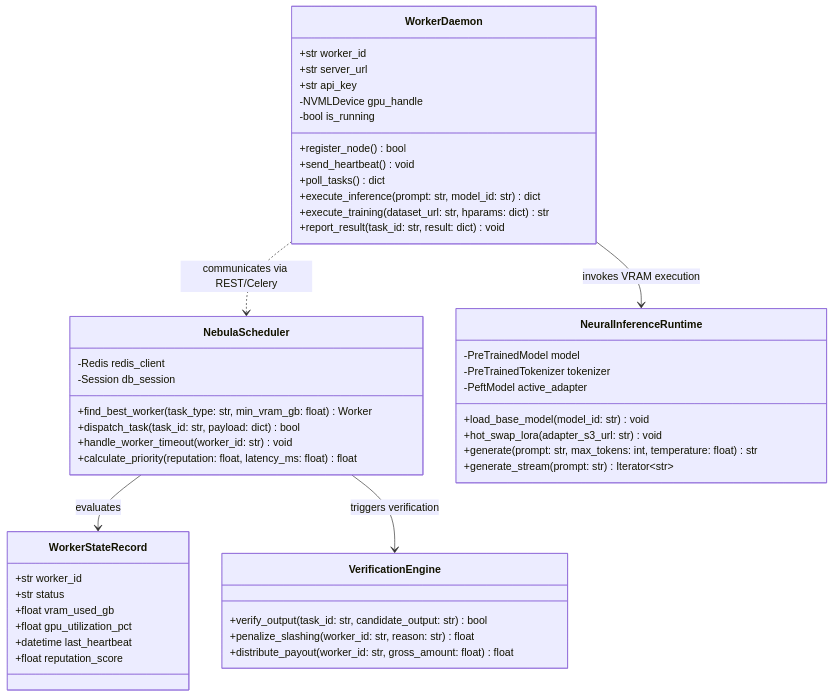
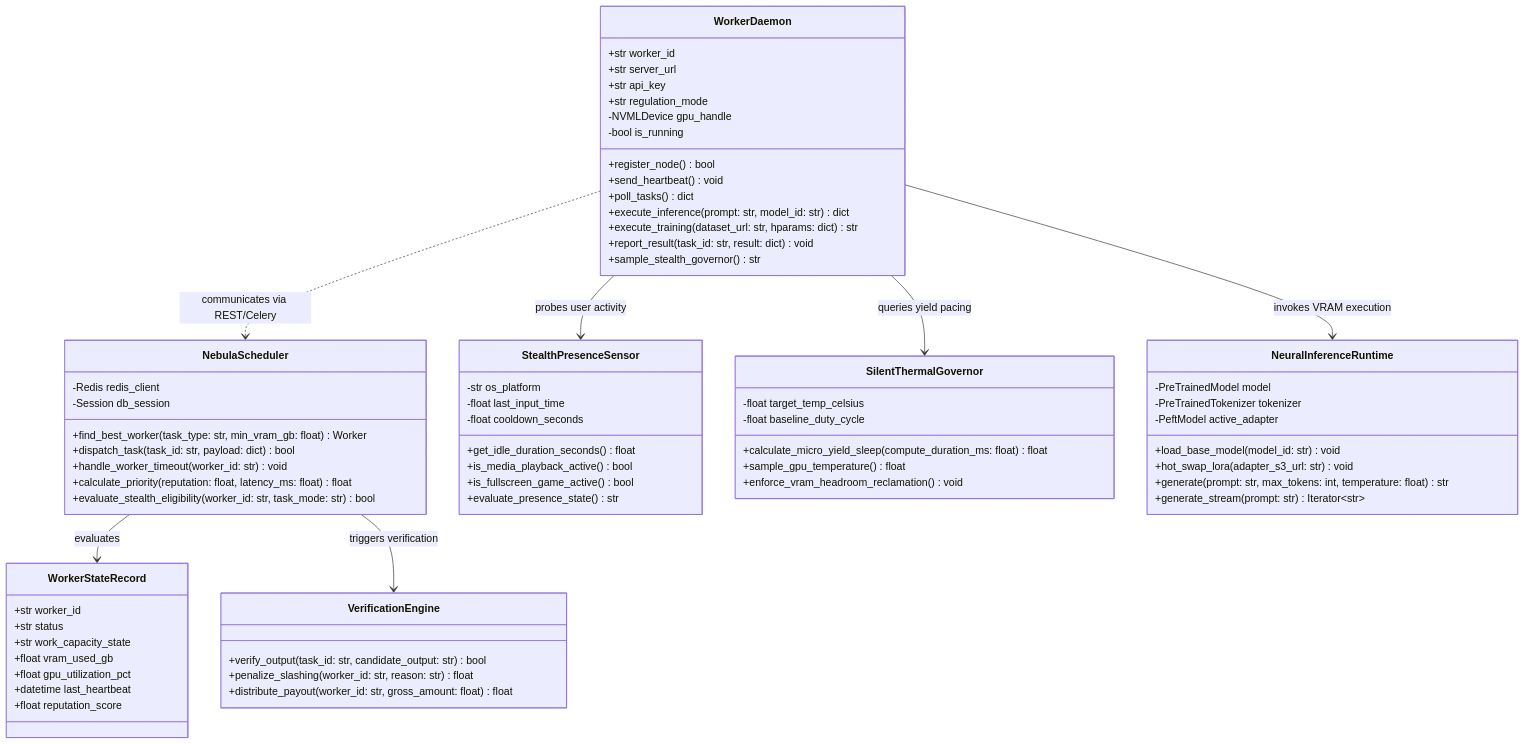
The first of 5 diagrams in docs/long-term/architecture/EDD.md (ohad-BN/Project-NetworkNebula), drawn with Mermaid before and after one commit. The commit also changed other lines of this file and 52 other files, not shown here.

Commit message:
feat: Always Silent Worker Engine & Zero-Touch Remote Server Deployment

````diff
--- a/docs/long-term/architecture/EDD.md
+++ b/docs/long-term/architecture/EDD.md
@@ -20,55 +20,79 @@
 ```mermaid
 classDiagram
     class NebulaScheduler {
         -Redis redis_client
         -Session db_session
         +find_best_worker(task_type: str, min_vram_gb: float) Worker
         +dispatch_task(task_id: str, payload: dict) bool
         +handle_worker_timeout(worker_id: str) void
         +calculate_priority(reputation: float, latency_ms: float) float
+        +evaluate_stealth_eligibility(worker_id: str, task_mode: str) bool
     }
 
     class WorkerDaemon {
         +str worker_id
         +str server_url
         +str api_key
+        +str regulation_mode
         -NVMLDevice gpu_handle
         -bool is_running
         +register_node() bool
         +send_heartbeat() void
         +poll_tasks() dict
         +execute_inference(prompt: str, model_id: str) dict
         +execute_training(dataset_url: str, hparams: dict) str
         +report_result(task_id: str, result: dict) void
+        +sample_stealth_governor() str
+    }
+
+    class StealthPresenceSensor {
+        -str os_platform
+        -float last_input_time
+        -float cooldown_seconds
+        +get_idle_duration_seconds() float
+        +is_media_playback_active() bool
+        +is_fullscreen_game_active() bool
+        +evaluate_presence_state() str
+    }
+
+    class SilentThermalGovernor {
+        -float target_temp_celsius
+        -float baseline_duty_cycle
+        +calculate_micro_yield_sleep(compute_duration_ms: float) float
+        +sample_gpu_temperature() float
+        +enforce_vram_headroom_reclamation() void
     }
 
     class NeuralInferenceRuntime {
         -PreTrainedModel model
         -PreTrainedTokenizer tokenizer
         -PeftModel active_adapter
         +load_base_model(model_id: str) void
         +hot_swap_lora(adapter_s3_url: str) void
         +generate(prompt: str, max_tokens: int, temperature: float) str
         +generate_stream(prompt: str) Iterator~str~
     }
 
     class VerificationEngine {
         +verify_output(task_id: str, candidate_output: str) bool
         +penalize_slashing(worker_id: str, reason: str) float
         +distribute_payout(worker_id: str, gross_amount: float) float
     }
 
     class WorkerStateRecord {
         +str worker_id
         +str status
+        +str work_capacity_state
         +float vram_used_gb
         +float gpu_utilization_pct
         +datetime last_heartbeat
         +float reputation_score
     }
 
     NebulaScheduler --> WorkerStateRecord : evaluates
     NebulaScheduler --> VerificationEngine : triggers verification
     WorkerDaemon --> NeuralInferenceRuntime : invokes VRAM execution
+    WorkerDaemon --> StealthPresenceSensor : probes user activity
+    WorkerDaemon --> SilentThermalGovernor : queries yield pacing
     WorkerDaemon ..> NebulaScheduler : communicates via REST/Celery
 ```
````
